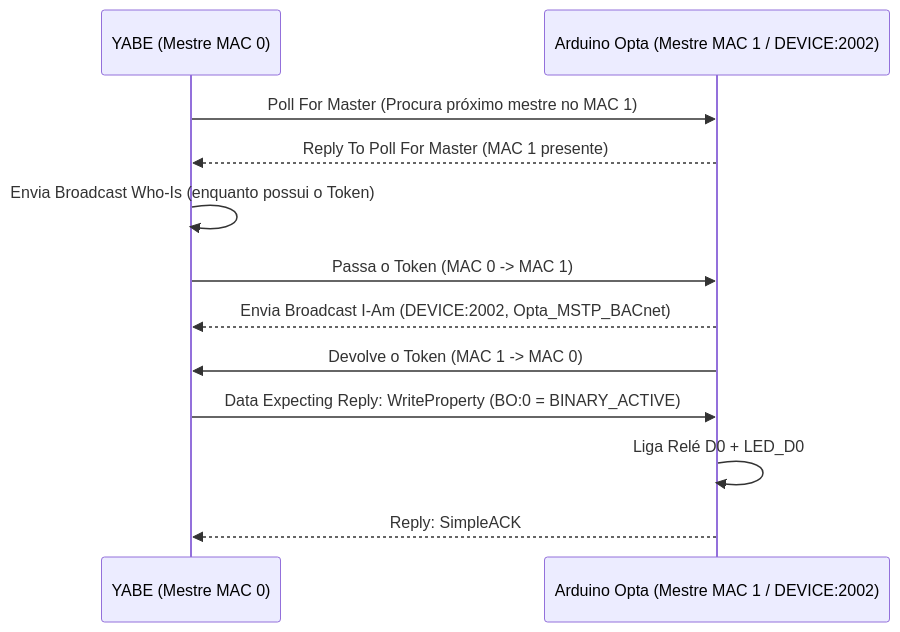
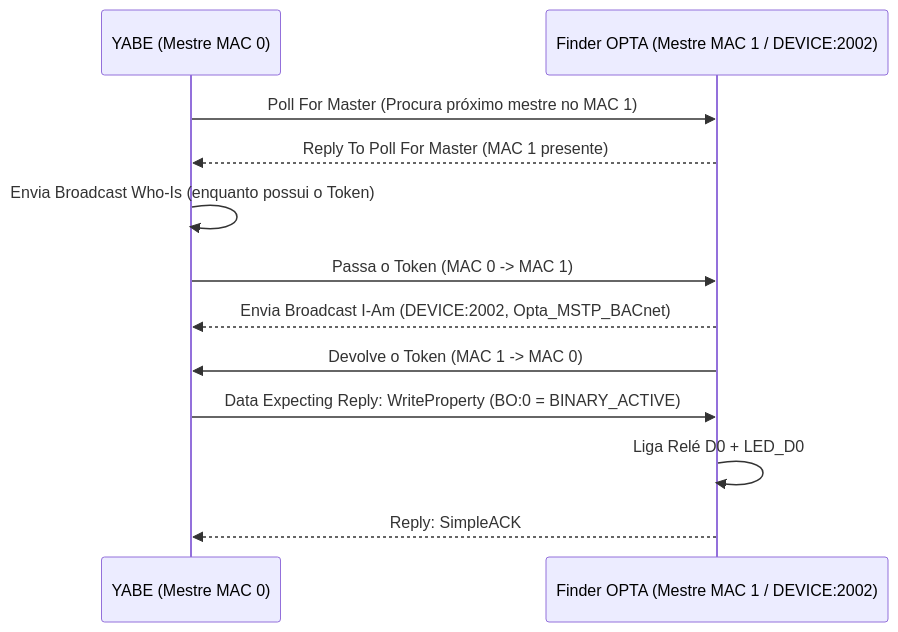
The second of 2 diagrams in docs/BACnet_MSTP_Arduino_Opta.md (DanielfArcos/BACnet-Finder-OPTA), drawn with Mermaid before and after one commit. The commit also changed other lines of this file and 8 other files, not shown here.

Commit message:
Docs & sketches: atualiza nomenclatura para Finder OPTA e pacotes ZIP

````diff
--- a/docs/BACnet_MSTP_Arduino_Opta.md
+++ b/docs/BACnet_MSTP_Arduino_Opta.md
@@ -53,15 +53,15 @@
 ```mermaid
 sequenceDiagram
     participant YABE as YABE (Mestre MAC 0)
-    participant OPTA as Arduino Opta (Mestre MAC 1 / DEVICE:2002)
+    participant OPTA as Finder OPTA (Mestre MAC 1 / DEVICE:2002)
 
     YABE->>OPTA: Poll For Master (Procura próximo mestre no MAC 1)
     OPTA-->>YABE: Reply To Poll For Master (MAC 1 presente)
     YABE->>YABE: Envia Broadcast Who-Is (enquanto possui o Token)
     YABE->>OPTA: Passa o Token (MAC 0 -> MAC 1)
     OPTA-->>YABE: Envia Broadcast I-Am (DEVICE:2002, Opta_MSTP_BACnet)
     OPTA->>YABE: Devolve o Token (MAC 1 -> MAC 0)
     YABE->>OPTA: Data Expecting Reply: WriteProperty (BO:0 = BINARY_ACTIVE)
     OPTA->>OPTA: Liga Relé D0 + LED_D0
     OPTA-->>YABE: Reply: SimpleACK
 ```
````
